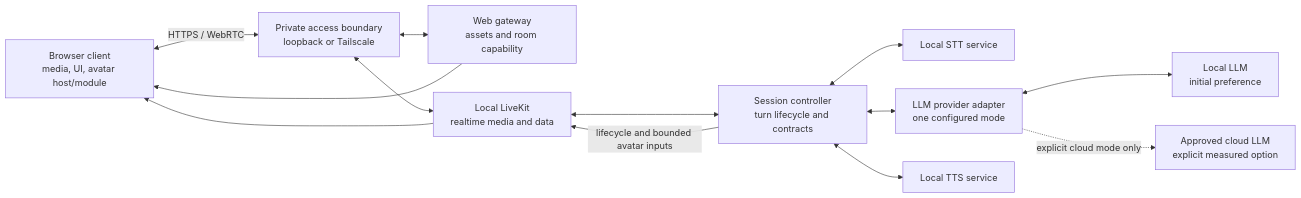
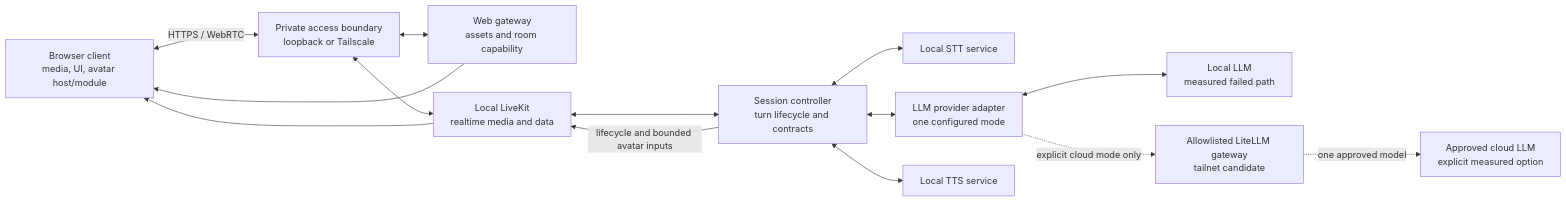
The diagram in docs/architecture.md (prineycom/voice-agent-v2), drawn with Mermaid before and after one commit. The commit also changed other lines of this file and 88 other files, not shown here.

````diff
--- a/docs/architecture.md
+++ b/docs/architecture.md
@@ -42,26 +43,28 @@
 ```mermaid
 flowchart LR
     B["Browser client<br/>media, UI, avatar host/module"]
     T["Private access boundary<br/>loopback or Tailscale"]
     G["Web gateway<br/>assets and room capability"]
     K["Local LiveKit<br/>realtime media and data"]
     C["Session controller<br/>turn lifecycle and contracts"]
     S["Local STT service"]
     P["LLM provider adapter<br/>one configured mode"]
-    L["Local LLM<br/>initial preference"]
+    L["Local LLM<br/>measured failed path"]
+    Q["Allowlisted LiteLLM gateway<br/>tailnet candidate"]
     X["Approved cloud LLM<br/>explicit measured option"]
     V["Local TTS service"]
 
     B <-->|HTTPS / WebRTC| T
     T <--> G
     T <--> K
     G --> B
     K <--> C
     C <--> S
     C <--> P
     P <--> L
-    P -.->|explicit cloud mode only| X
+    P -.->|explicit cloud mode only| Q
+    Q -.->|one approved model| X
     C <--> V
     C -->|lifecycle and bounded avatar inputs| K
     K --> B
 ```
````
